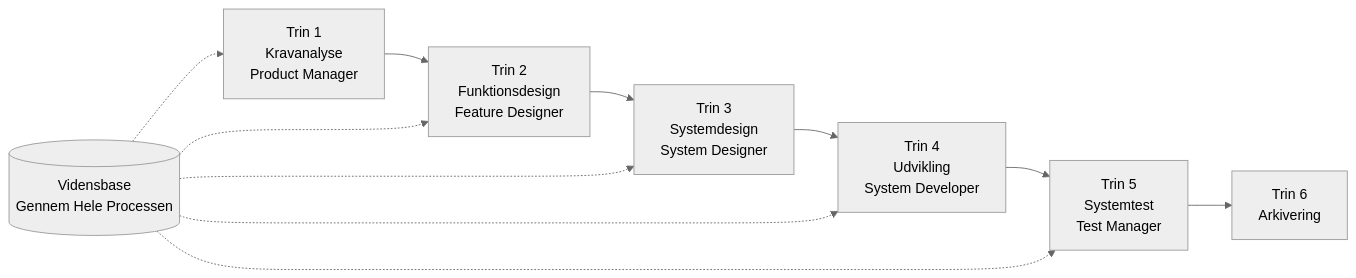
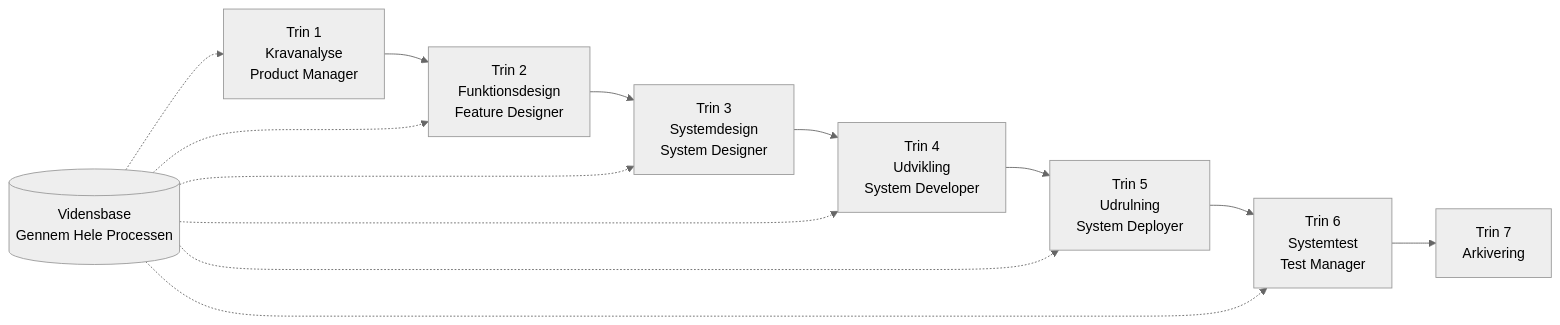
The diagram in docs/GETTING-STARTED.da.md (charlesmu99/speccrew), drawn with Mermaid (neutral theme) before and after one commit. The commit also changed other lines of this file and 35 other files, not shown here.

````diff
--- a/docs/GETTING-STARTED.da.md
+++ b/docs/GETTING-STARTED.da.md
@@ -144,14 +144,16 @@
 ```mermaid
 flowchart LR
     PRD[Trin 1<br/>Kravanalyse<br/>Product Manager] --> FD[Trin 2<br/>Funktionsdesign<br/>Feature Designer]
     FD --> SD[Trin 3<br/>Systemdesign<br/>System Designer]
     SD --> DEV[Trin 4<br/>Udvikling<br/>System Developer]
-    DEV --> TEST[Trin 5<br/>Systemtest<br/>Test Manager]
-    TEST --> ARCHIVE[Trin 6<br/>Arkivering]
+    DEV --> DEPLOY[Trin 5<br/>Udrulning<br/>System Deployer]
+    DEPLOY --> TEST[Trin 6<br/>Systemtest<br/>Test Manager]
+    TEST --> ARCHIVE[Trin 7<br/>Arkivering]
     
     KB[(Vidensbase<br/>Gennem Hele Processen)] -.-> PRD
     KB -.-> FD
     KB -.-> SD
     KB -.-> DEV
+    KB -.-> DEPLOY
     KB -.-> TEST
 ```
````
